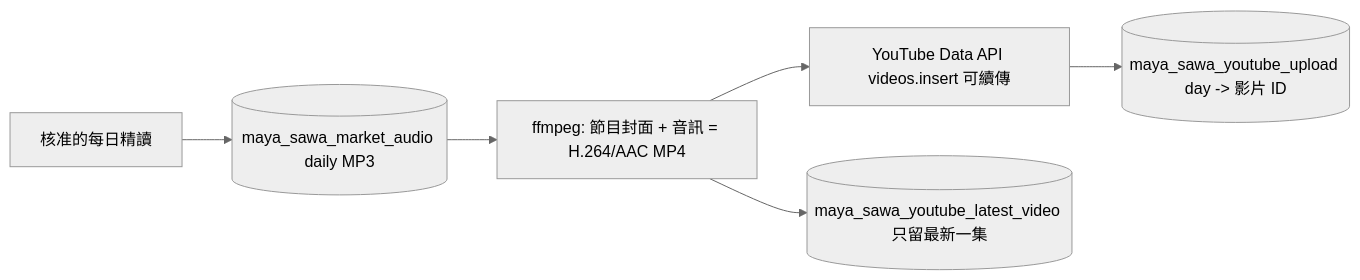
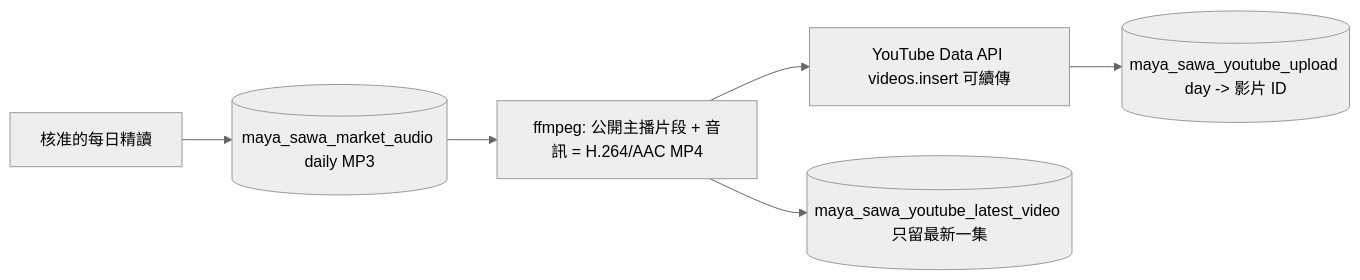
The diagram in docs/YOUTUBE_DAILY.md (Vinskao/maya-sawa), drawn with Mermaid (neutral theme) before and after one commit. The commit also changed other lines of this file and 5 other files, not shown here.

````diff
--- a/docs/YOUTUBE_DAILY.md
+++ b/docs/YOUTUBE_DAILY.md
@@ -5,8 +5,8 @@
 ```mermaid
 flowchart LR
   A[核准的每日精讀] --> B[(maya_sawa_market_audio daily MP3)]
-  B --> C[ffmpeg: 節目封面 + 音訊 = H.264/AAC MP4]
+  B --> C[ffmpeg: 公開主播片段 + 音訊 = H.264/AAC MP4]
   C --> D[YouTube Data API videos.insert 可續傳]
   D --> E[(maya_sawa_youtube_upload day -> 影片 ID)]
   C --> F[(maya_sawa_youtube_latest_video 只留最新一集)]
 ```
````
